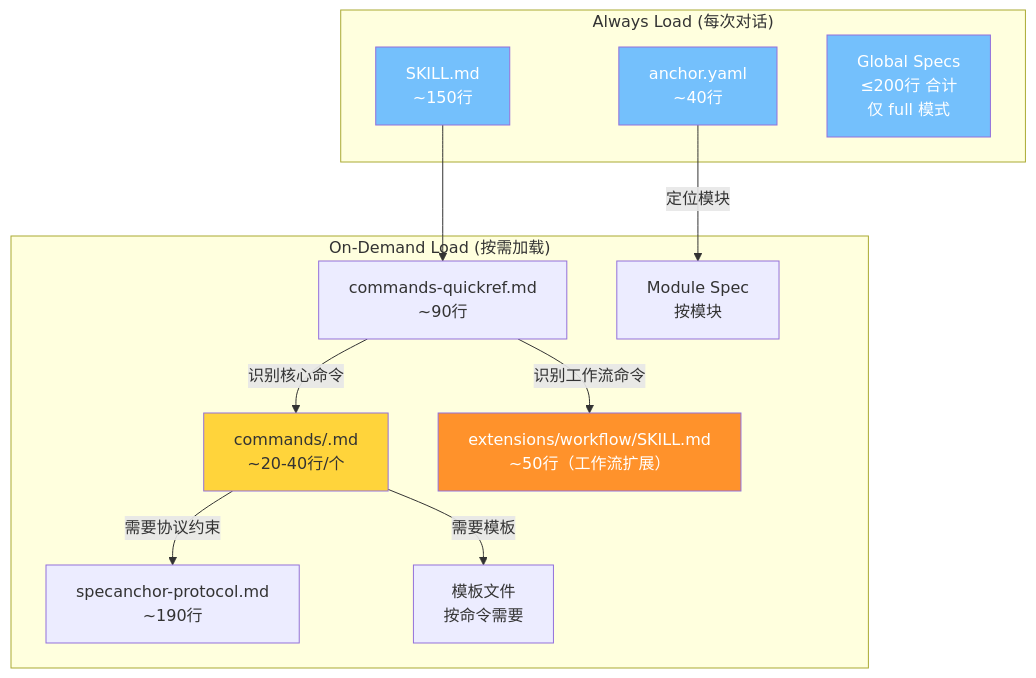
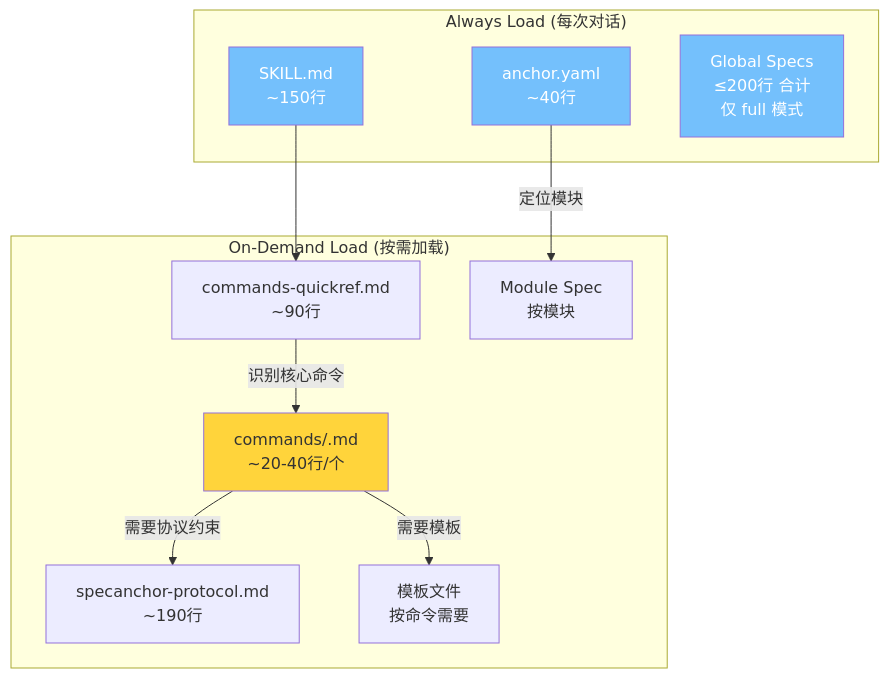
One commit to linziyanleo/spec-anchor changed the fifth of 6 diagrams in FLOWCHART.md. Above: the diagram before and after it, drawn with Mermaid. The commit also changed other lines of this file and 8 other files, not shown here.

Commit message:
docs(skill): remove workflow routing from core spec-anchor

````diff
--- a/FLOWCHART.md
+++ b/FLOWCHART.md
@@ -121,30 +116,27 @@
 ```mermaid
 flowchart TD
     subgraph "Always Load (每次对话)"
         A1[SKILL.md<br/>~150行]
         A2[anchor.yaml<br/>~40行]
         A3[Global Specs<br/>≤200行 合计<br/>仅 full 模式]
     end
 
     subgraph "On-Demand Load (按需加载)"
         B1[commands-quickref.md<br/>~90行]
         B2["commands/<cmd>.md<br/>~20-40行/个"]
         B3[specanchor-protocol.md<br/>~190行]
         B4[Module Spec<br/>按模块]
         B5[模板文件<br/>按命令需要]
-        B6["extensions/workflow/SKILL.md<br/>~50行（工作流扩展）"]
     end
 
     A1 --> B1
     B1 -->|识别核心命令| B2
-    B1 -->|识别工作流命令| B6
     B2 -->|需要协议约束| B3
     A2 -->|定位模块| B4
     B2 -->|需要模板| B5
 
     style A1 fill:#74c0fc,color:#fff
     style A2 fill:#74c0fc,color:#fff
     style A3 fill:#74c0fc,color:#fff
     style B2 fill:#ffd43b,color:#333
-    style B6 fill:#ff922b,color:#fff
 ```
````
